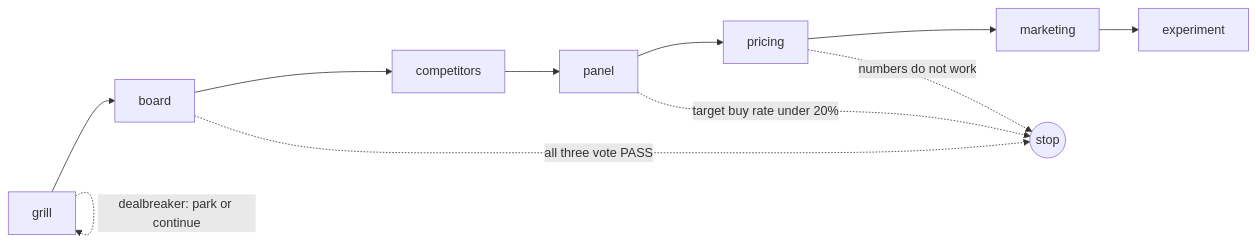
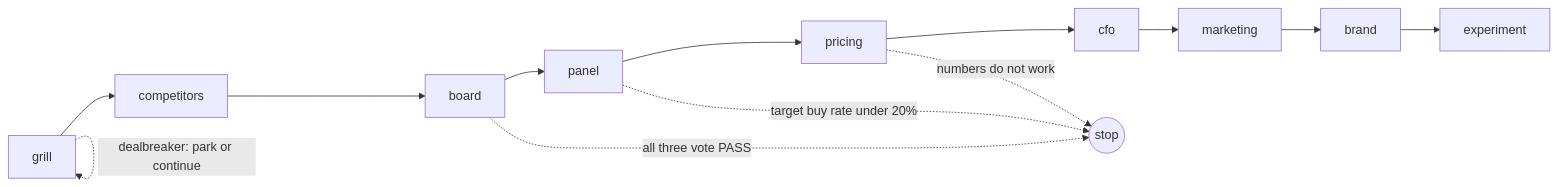
Before and after one commit to jvitorbarros15/spark-personal-lab: the second of 2 diagrams in README.md, drawn with Mermaid. The commit also changed other lines of this file and 4 other files, not shown here.

````diff
--- a/README.md
+++ b/README.md
@@ -119,8 +121,8 @@
 ```mermaid
 flowchart LR
-  G[grill] --> B[board] --> C[competitors] --> P[panel] --> R[pricing] --> M[marketing] --> X[experiment]
+  G[grill] --> C[competitors] --> B[board] --> P[panel] --> R[pricing] --> F[cfo] --> M[marketing] --> N[brand] --> X[experiment]
   G -. "dealbreaker: park or continue" .-> G
   B -. "all three vote PASS" .-> S((stop))
   P -. "target buy rate under 20%" .-> S
   R -. "numbers do not work" .-> S
 ```
````
